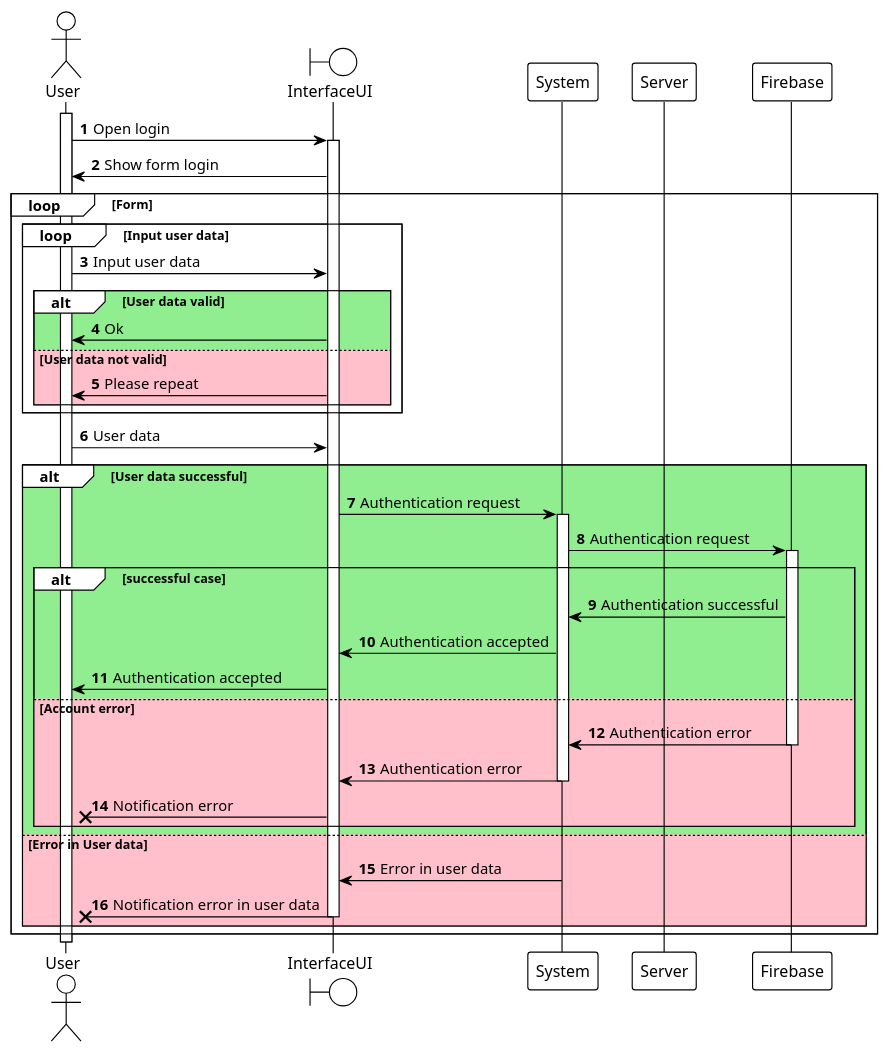
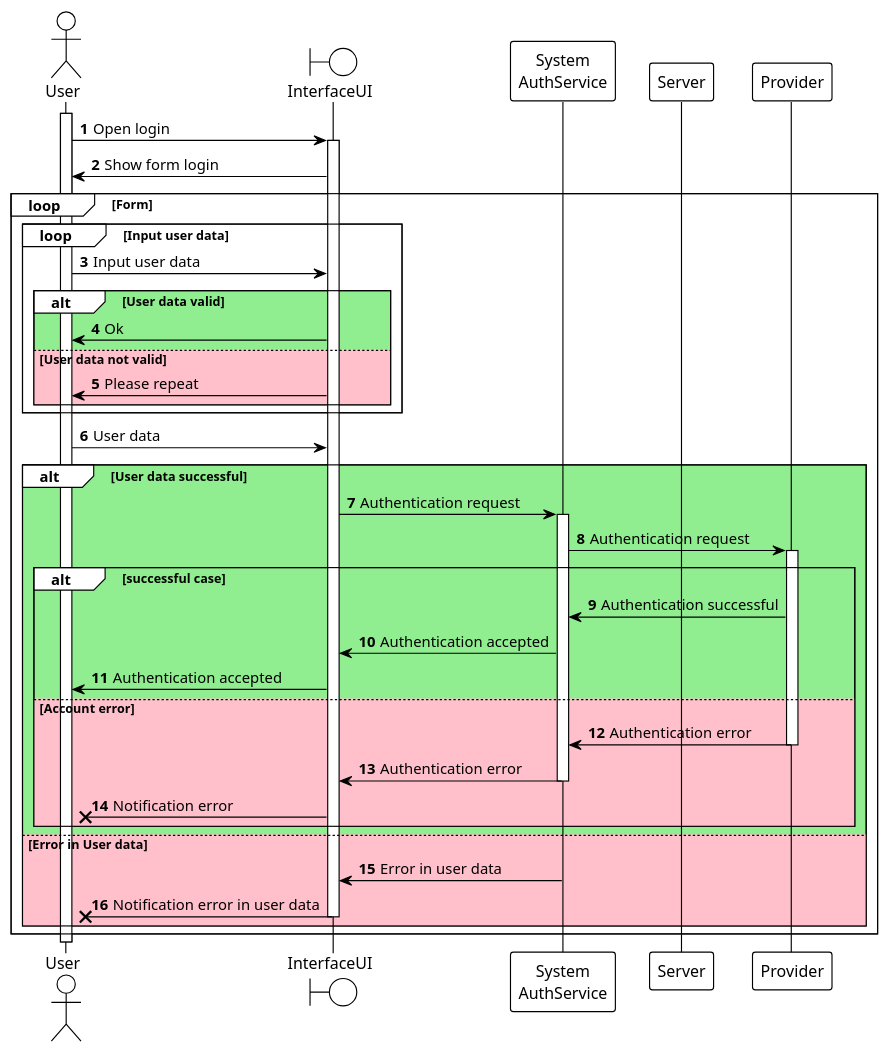
The diagram in UML/4.Sequence/4.2.LogIn.puml (nonodev96/THUMDER), drawn with PlantUML before and after one commit. The commit also changed 41 other files, not shown here.

Commit message:
Fix with drag and drop, new component card with docs and names in UML sequences changes

```diff
--- a/UML/4.Sequence/4.2.LogIn.puml
+++ b/UML/4.Sequence/4.2.LogIn.puml
@@ -1,60 +1,60 @@
 @startuml
 'https://plantuml.com/sequence-diagram
 !theme plain
 
 autonumber
 
 actor User
 boundary InterfaceUI
-participant System
+participant "System\nAuthService" as system
 participant Server
-participant Firebase
+participant "Provider" as Firebase
 
 activate User
 User -> InterfaceUI: Open login
 activate InterfaceUI
 User <- InterfaceUI: Show form login
 
 loop Form
   loop Input user data
     User -> InterfaceUI: Input user data
     alt #LightGreen User data valid
       User <- InterfaceUI: Ok
     else #Pink User data not valid
       User <- InterfaceUI: Please repeat
     end
   end
 
   User -> InterfaceUI: User data
 
   alt #LightGreen User data successful
-    InterfaceUI -> System: Authentication request
-    activate System
+    InterfaceUI -> system: Authentication request
+    activate system
 
-    System -> Firebase: Authentication request
+    system -> Firebase: Authentication request
 
     activate Firebase
     alt #LightGreen successful case
-      System <- Firebase: Authentication successful
-      InterfaceUI <- System: Authentication accepted
+      system <- Firebase: Authentication successful
+      InterfaceUI <- system: Authentication accepted
       User <- InterfaceUI: Authentication accepted
     else #Pink Account error
-      System <- Firebase: Authentication error
+      system <- Firebase: Authentication error
       deactivate Firebase
-      InterfaceUI <- System: Authentication error
-      deactivate System
+      InterfaceUI <- system: Authentication error
+      deactivate system
       User x<- InterfaceUI: Notification error
     end
   else #Pink Error in User data
-    InterfaceUI <- System: Error in user data
+    InterfaceUI <- system: Error in user data
     User x<- InterfaceUI: Notification error in user data
     deactivate InterfaceUI
   end
 
 end
 
 
 
 deactivate User
 
 @enduml
```
